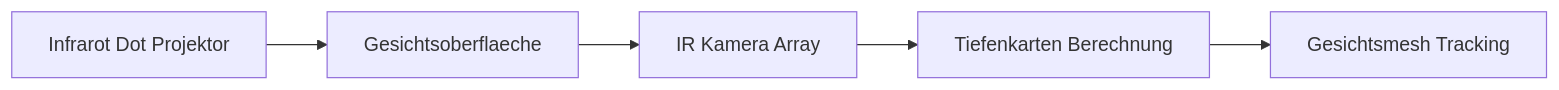
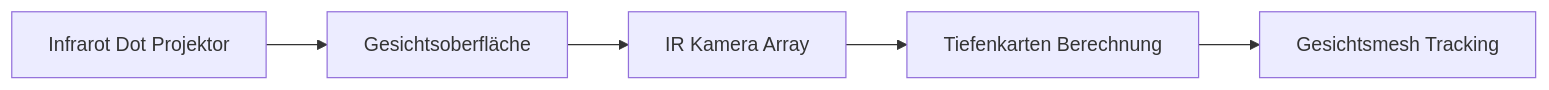
Before and after one commit to ModernAmusements/MA-Blog: the first of 8 diagrams in content/blog/face-tracking-xplane.de.mdx, drawn with Mermaid. The commit also changed other lines of this file and 11 other files, not shown here.

````diff
--- a/content/blog/face-tracking-xplane.de.mdx
+++ b/content/blog/face-tracking-xplane.de.mdx
@@ -45,7 +45,7 @@
 ```mermaid
 flowchart LR
-    A[Infrarot Dot Projektor] --> B[Gesichtsoberflaeche]
+    A[Infrarot Dot Projektor] --> B[Gesichtsoberfläche]
     B --> C[IR Kamera Array]
     C --> D[Tiefenkarten Berechnung]
     D --> E[Gesichtsmesh Tracking]
 ```
````
